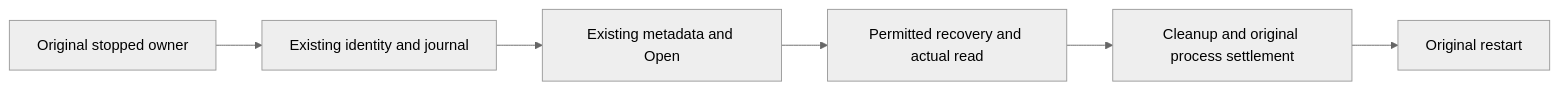
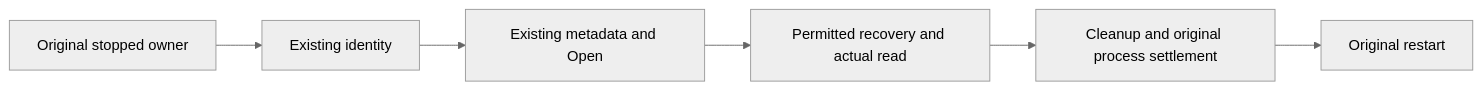
Before and after one commit to managedcode/KeyLoad: the second of 6 diagrams in docs/Features/StorageRecovery.md, drawn with Mermaid (neutral theme). The commit also changed other lines of this file and 1072 other files, not shown here.

````diff
--- a/docs/Features/StorageRecovery.md
+++ b/docs/Features/StorageRecovery.md
@@ -73,8 +78,8 @@
 ```mermaid
 flowchart LR
-    Lock[Original stopped owner] --> Identity[Existing identity and journal]
+    Lock[Original stopped owner] --> Identity[Existing identity]
     Identity --> Execution[Existing metadata and Open]
     Execution --> Read[Permitted recovery and actual read]
     Read --> Join[Cleanup and original process settlement]
     Join --> Restart[Original restart]
 ```
````
